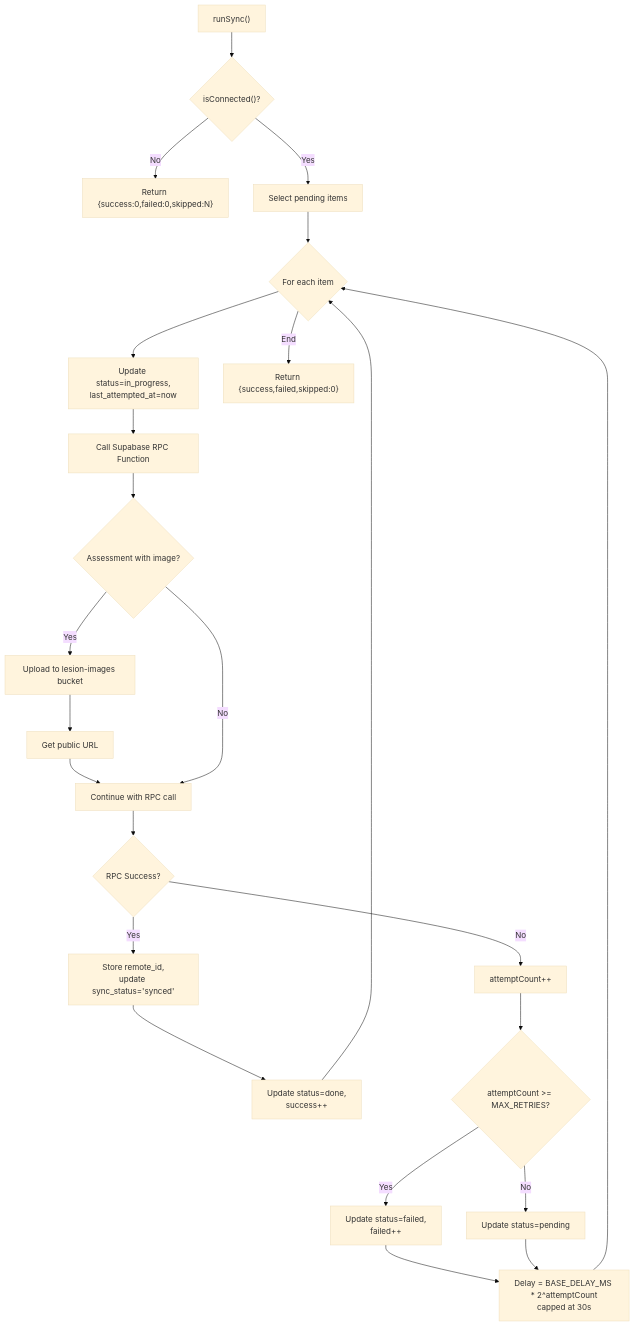
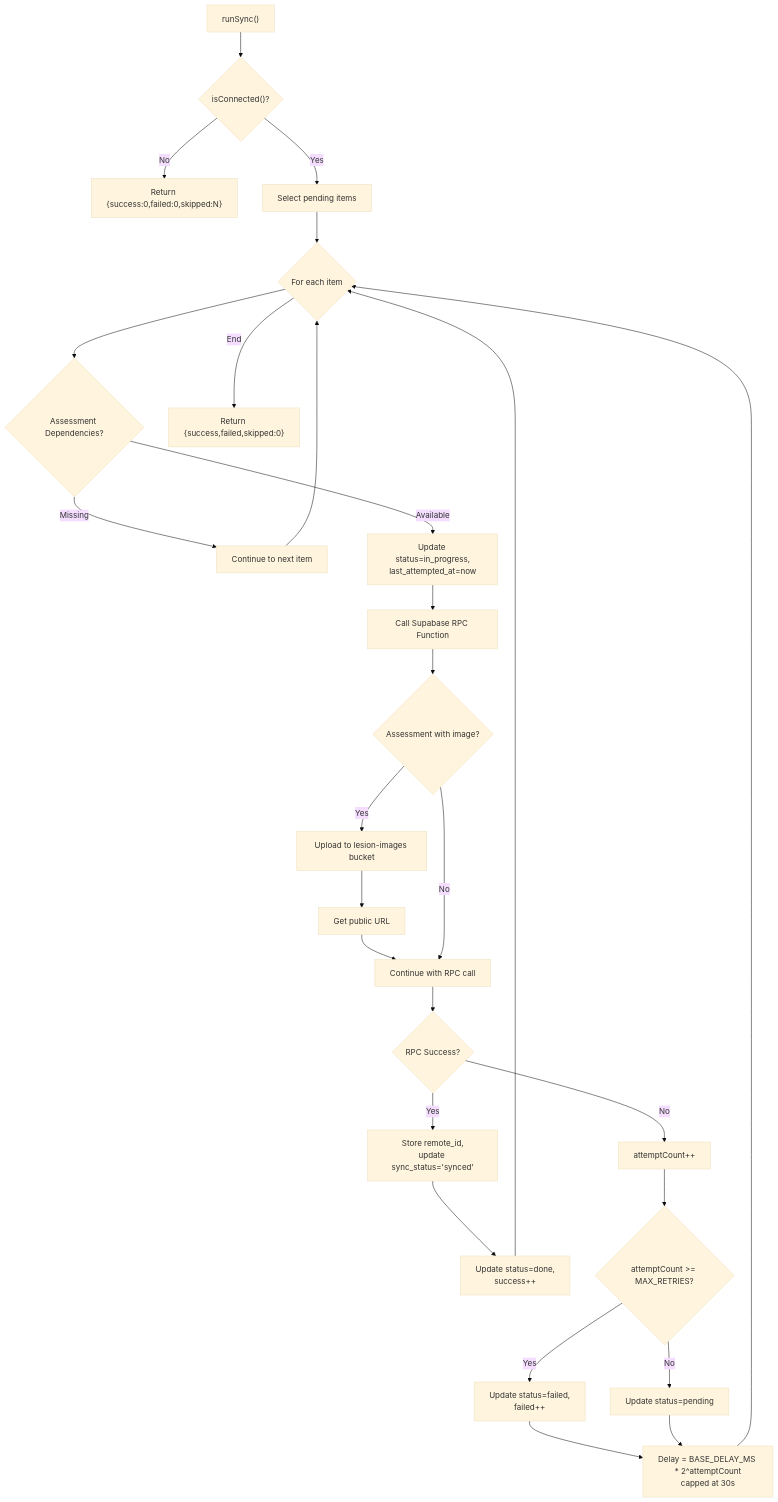
The sixth of 11 diagrams in .qoder/repowiki/en/content/Synchronization System.md (AdeelTahir-SE/DermSight), drawn with Mermaid (base theme) before and after one commit. The commit also changed other lines of this file and 43 other files, not shown here.

````diff
--- a/.qoder/repowiki/en/content/Synchronization System.md
+++ b/.qoder/repowiki/en/content/Synchronization System.md
@@ -359,26 +435,29 @@
 ```mermaid
 flowchart TD
 RunStart["runSync()"] --> CheckOnline{"isConnected()?"}
 CheckOnline --> |No| ReturnSkip["Return {success:0,failed:0,skipped:N}"]
 CheckOnline --> |Yes| FetchPending["Select pending items"]
 FetchPending --> LoopItems{"For each item"}
-LoopItems --> MarkInProg["Update status=in_progress,<br/>last_attempted_at=now"]
+LoopItems --> CheckDeps{"Assessment Dependencies?"}
+CheckDeps --> |Missing| Continue["Continue to next item"]
+CheckDeps --> |Available| MarkInProg["Update status=in_progress,<br/>last_attempted_at=now"]
 MarkInProg --> TryRPC["Call Supabase RPC Function"]
 TryRPC --> UploadImage{"Assessment with image?"}
 UploadImage --> |Yes| UploadToStorage["Upload to lesion-images bucket"]
 UploadToStorage --> GetURL["Get public URL"]
 GetURL --> ContinueRPC["Continue with RPC call"]
 UploadImage --> |No| ContinueRPC
 ContinueRPC --> RPCSuccess{"RPC Success?"}
 RPCSuccess --> |Yes| StoreRemoteId["Store remote_id,<br/>update sync_status='synced'"]
 StoreRemoteId --> MarkDone["Update status=done,<br/>success++"]
 RPCSuccess --> |No| IncAttempts["attemptCount++"]
 IncAttempts --> MaxReached{"attemptCount >= MAX_RETRIES?"}
 MaxReached --> |Yes| MarkFailed["Update status=failed,<br/>failed++"]
 MaxReached --> |No| KeepPending["Update status=pending"]
 MarkFailed --> Backoff["Delay = BASE_DELAY_MS * 2^attemptCount<br/>capped at 30s"]
 KeepPending --> Backoff
 Backoff --> LoopItems
 MarkDone --> LoopItems
+Continue --> LoopItems
 LoopItems --> |End| ReturnResult["Return {success,failed,skipped:0}"]
 ```
````
